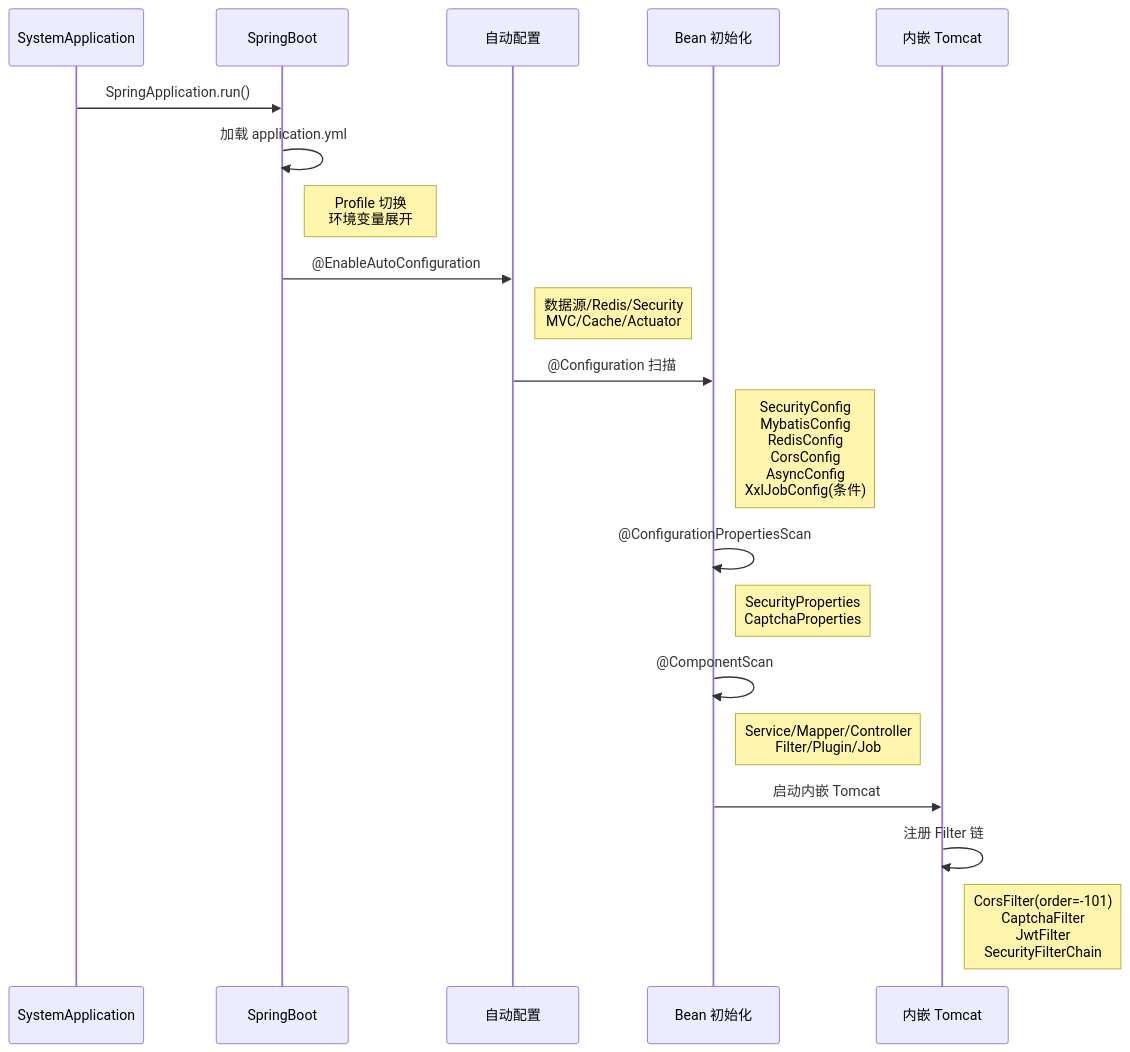
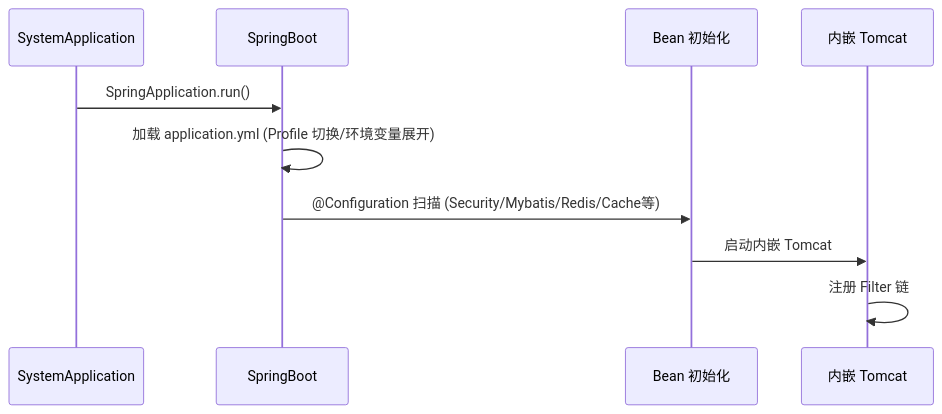
One commit to earthy-zinc/dehaze-system changed the eighth of 8 diagrams in dehaze-doc/docs/04-项目实现/后端/01-Java架构文档.md. Above: the diagram before and after it, drawn with Mermaid. The commit also changed other lines of this file and 755 other files, not shown here.

````diff
--- a/dehaze-doc/docs/04-项目实现/后端/01-Java架构文档.md
+++ b/dehaze-doc/docs/04-项目实现/后端/01-Java架构文档.md
@@ -1029,23 +483,13 @@
 ```mermaid
 sequenceDiagram
     participant Main as SystemApplication
     participant Boot as SpringBoot
-    participant AutoConfig as 自动配置
     participant Bean as Bean 初始化
     participant Server as 内嵌 Tomcat
 
     Main->>Boot: SpringApplication.run()
-    Boot->>Boot: 加载 application.yml
-    Note right of Boot: Profile 切换<br/>环境变量展开
-    Boot->>AutoConfig: @EnableAutoConfiguration
-    Note right of AutoConfig: 数据源/Redis/Security<br/>MVC/Cache/Actuator
-    AutoConfig->>Bean: @Configuration 扫描
-    Note right of Bean: SecurityConfig<br/>MybatisConfig<br/>RedisConfig<br/>CorsConfig<br/>AsyncConfig<br/>XxlJobConfig(条件)
-    Bean->>Bean: @ConfigurationPropertiesScan
-    Note right of Bean: SecurityProperties<br/>CaptchaProperties
-    Bean->>Bean: @ComponentScan
-    Note right of Bean: Service/Mapper/Controller<br/>Filter/Plugin/Job
+    Boot->>Boot: 加载 application.yml (Profile 切换/环境变量展开)
+    Boot->>Bean: @Configuration 扫描 (Security/Mybatis/Redis/Cache等)
     Bean->>Server: 启动内嵌 Tomcat
     Server->>Server: 注册 Filter 链
-    Note right of Server: CorsFilter(order=-101)<br/>CaptchaFilter<br/>JwtFilter<br/>SecurityFilterChain
 ```
````
